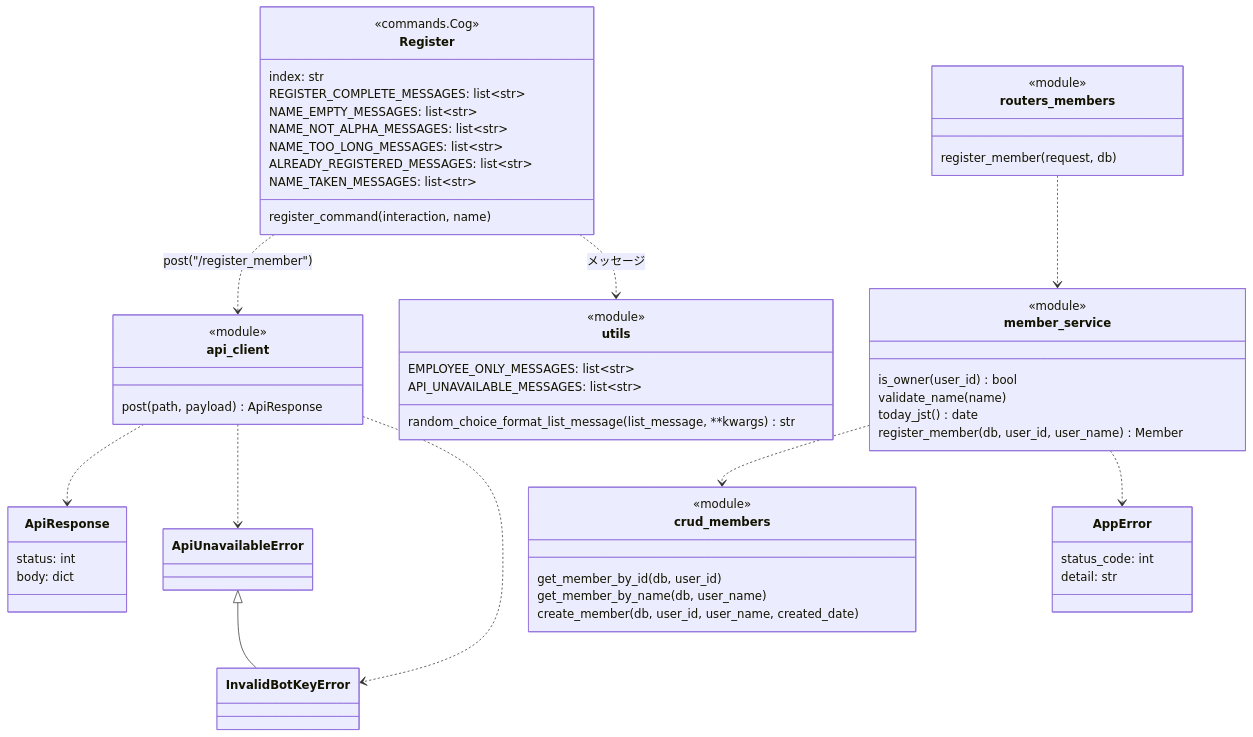
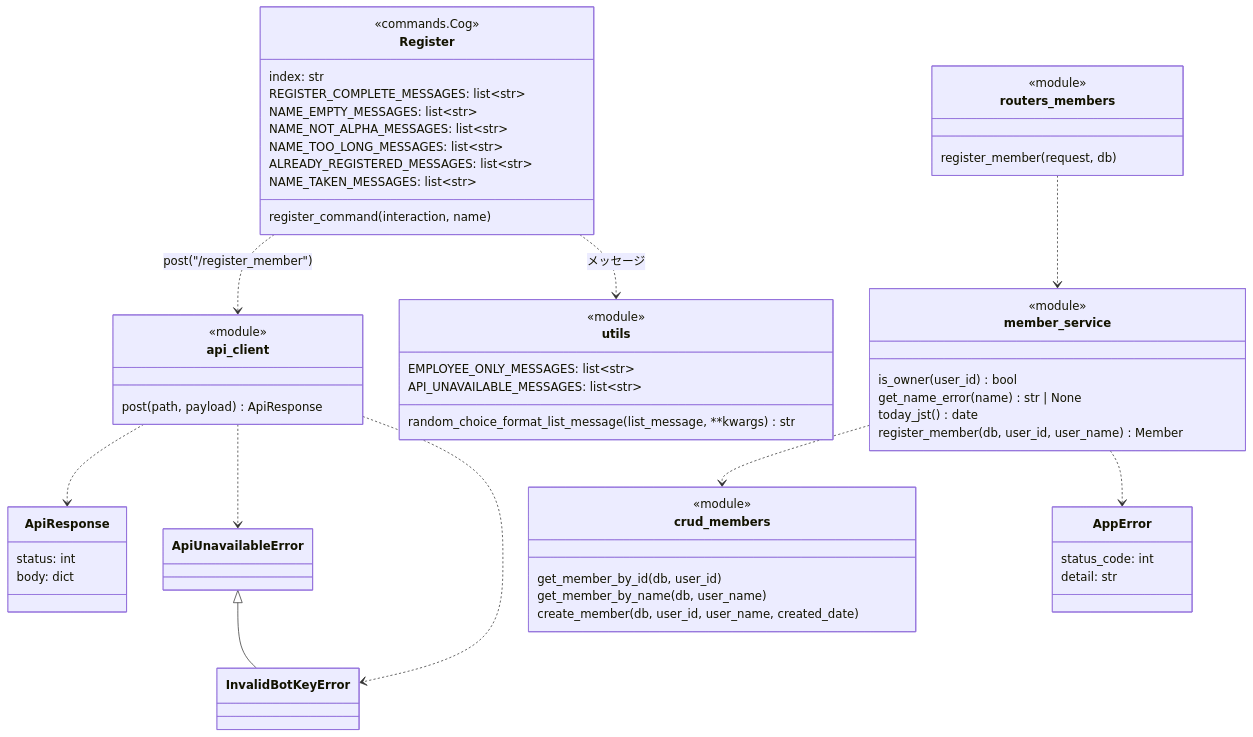
Before and after one commit to rabin0630/DiscordWorkLogger: the second of 2 diagrams in docs/attendance_requirements_and_design/command_detailed_designs/register_detailed_design.md, drawn with Mermaid. The commit also changed other lines of this file and 2 other files, not shown here.

````diff
--- a/docs/attendance_requirements_and_design/command_detailed_designs/register_detailed_design.md
+++ b/docs/attendance_requirements_and_design/command_detailed_designs/register_detailed_design.md
@@ -613,61 +619,61 @@
 ```mermaid
 classDiagram
     class Register {
         <<commands.Cog>>
         index: str
         REGISTER_COMPLETE_MESSAGES: list~str~
         NAME_EMPTY_MESSAGES: list~str~
         NAME_NOT_ALPHA_MESSAGES: list~str~
         NAME_TOO_LONG_MESSAGES: list~str~
         ALREADY_REGISTERED_MESSAGES: list~str~
         NAME_TAKEN_MESSAGES: list~str~
         register_command(interaction, name)
     }
     class api_client {
         <<module>>
         post(path, payload) ApiResponse
     }
     class utils {
         <<module>>
         EMPLOYEE_ONLY_MESSAGES: list~str~
         API_UNAVAILABLE_MESSAGES: list~str~
         random_choice_format_list_message(list_message, **kwargs) str
     }
     class ApiResponse {
         status: int
         body: dict
     }
     class ApiUnavailableError
     class InvalidBotKeyError
     ApiUnavailableError <|-- InvalidBotKeyError
     Register ..> api_client : post("/register_member")
     Register ..> utils : メッセージ
     api_client ..> ApiResponse
     api_client ..> ApiUnavailableError
     api_client ..> InvalidBotKeyError
 
     class routers_members {
         <<module>>
         register_member(request, db)
     }
     class member_service {
         <<module>>
         is_owner(user_id) bool
-        validate_name(name)
+        get_name_error(name) str | None
         today_jst() date
         register_member(db, user_id, user_name) Member
     }
     class crud_members {
         <<module>>
         get_member_by_id(db, user_id)
         get_member_by_name(db, user_name)
         create_member(db, user_id, user_name, created_date)
     }
     class AppError {
         status_code: int
         detail: str
     }
     routers_members ..> member_service
     member_service ..> crud_members
     member_service ..> AppError
 ```
````
